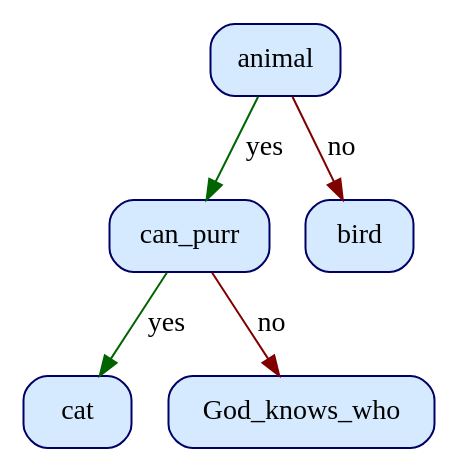
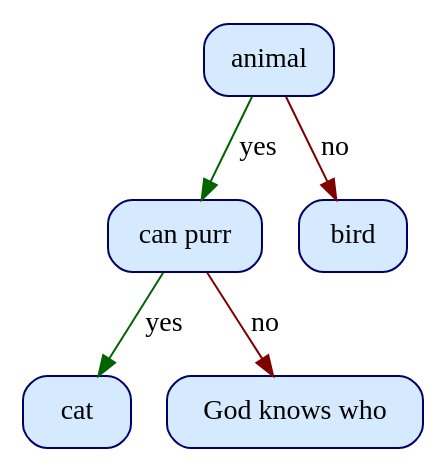
The diagram in TreePicture.dot (KuchinaMA/Akinator), drawn with Graphviz before and after one commit. The commit also changed 7 other files, not shown here.

```diff
--- a/TreePicture.dot
+++ b/TreePicture.dot
@@ -1,13 +1,18 @@
 digraph {
   rankdir = HR;
   node [shape = Mrecord, color = "#000066", style = filled, fillcolor = "#D5EAFF"];
-  node_000001f7b32e6bb0[label = " animal "]; 
-  node_000001f7b32e6bf0[label = " can_purr "]; 
-  node_000001f7b32e6c30[label = " cat "]; 
-  node_000001f7b32e6c70[label = " God_knows_who "]; 
-  node_000001f7b32e6cb0[label = " bird "]; 
-  node_000001f7b32e6bb0 -> node_000001f7b32e6bf0 [label = "yes", weight = 1, color = "#006400"];
-  node_000001f7b32e6bf0 -> node_000001f7b32e6c30 [label = "yes", weight = 1, color = "#006400"];
-  node_000001f7b32e6bf0 -> node_000001f7b32e6c70 [label = "no", weight = 1, color = "#800000"];
-  node_000001f7b32e6bb0 -> node_000001f7b32e6cb0 [label = "no", weight = 1, color = "#800000"];
+  node_0000025424f46bb0[label = " 
+animal "]; 
+  node_0000025424f46c00[label = " 
+can purr "]; 
+  node_0000025424f46c50[label = " 
+cat "]; 
+  node_0000025424f46ca0[label = " 
+God knows who "]; 
+  node_0000025424f46cf0[label = " 
+bird "]; 
+  node_0000025424f46bb0 -> node_0000025424f46c00 [label = "yes", weight = 1, color = "#006400"];
+  node_0000025424f46c00 -> node_0000025424f46c50 [label = "yes", weight = 1, color = "#006400"];
+  node_0000025424f46c00 -> node_0000025424f46ca0 [label = "no", weight = 1, color = "#800000"];
+  node_0000025424f46bb0 -> node_0000025424f46cf0 [label = "no", weight = 1, color = "#800000"];
 }
```
